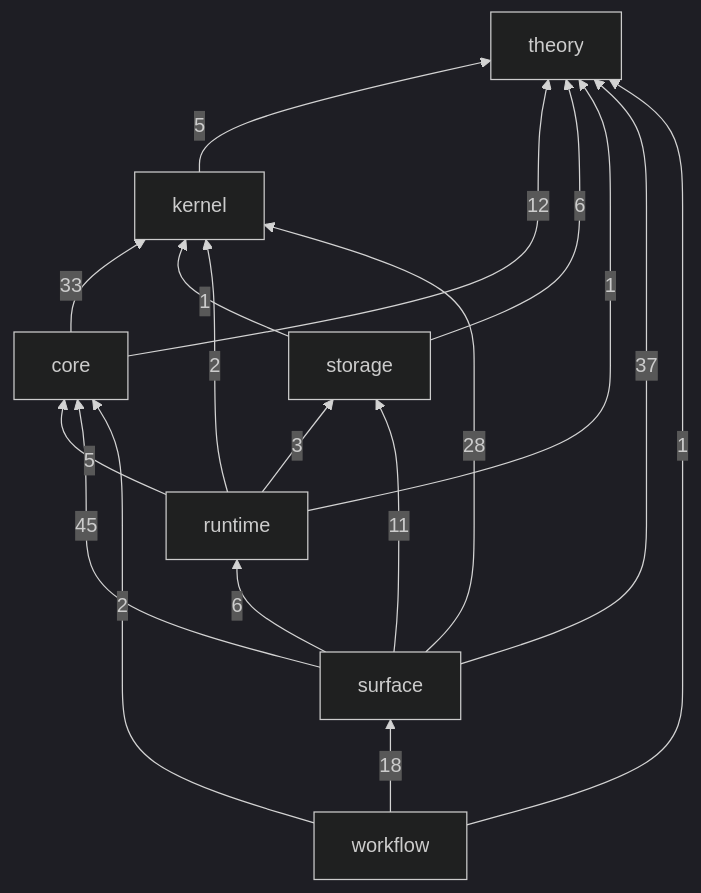
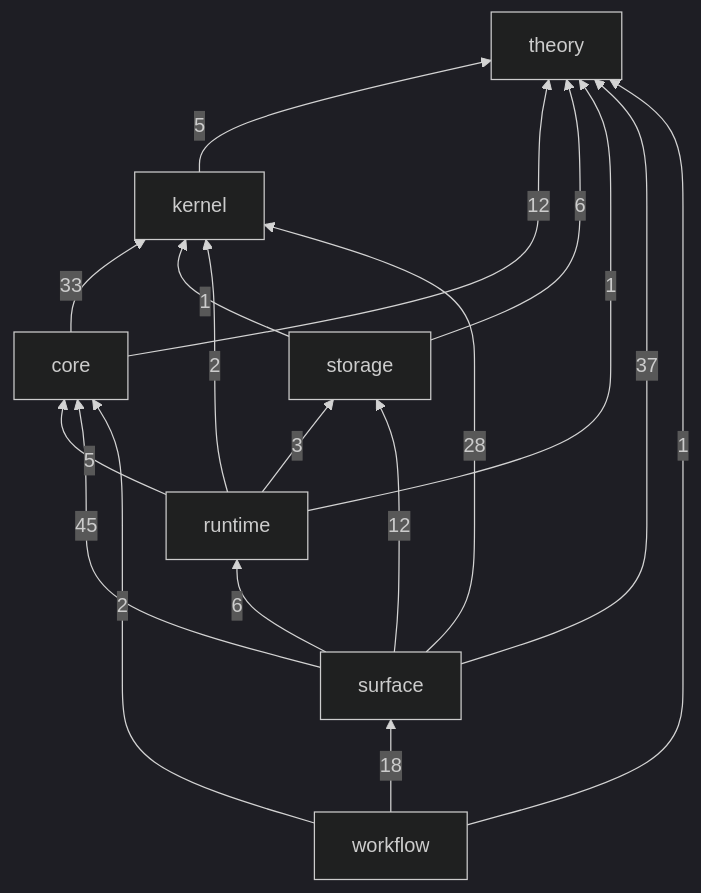
Before and after one commit to gandr-lang/gandr: the diagram in ledger/README.md, drawn with Mermaid (dark theme). The commit also changed 33 other files, not shown here.

````diff
--- a/ledger/README.md
+++ b/ledger/README.md
@@ -30,27 +30,27 @@
 ```mermaid
 flowchart BT
   theory
   kernel
   core
   storage
   runtime
   surface
   workflow
   kernel -->|5| theory
   core -->|12| theory
   core -->|33| kernel
   storage -->|6| theory
   storage -->|1| kernel
   runtime -->|1| theory
   runtime -->|2| kernel
   runtime -->|5| core
   runtime -->|3| storage
   surface -->|37| theory
   surface -->|28| kernel
   surface -->|45| core
-  surface -->|11| storage
+  surface -->|12| storage
   surface -->|6| runtime
   workflow -->|1| theory
   workflow -->|2| core
   workflow -->|18| surface
 ```
````
